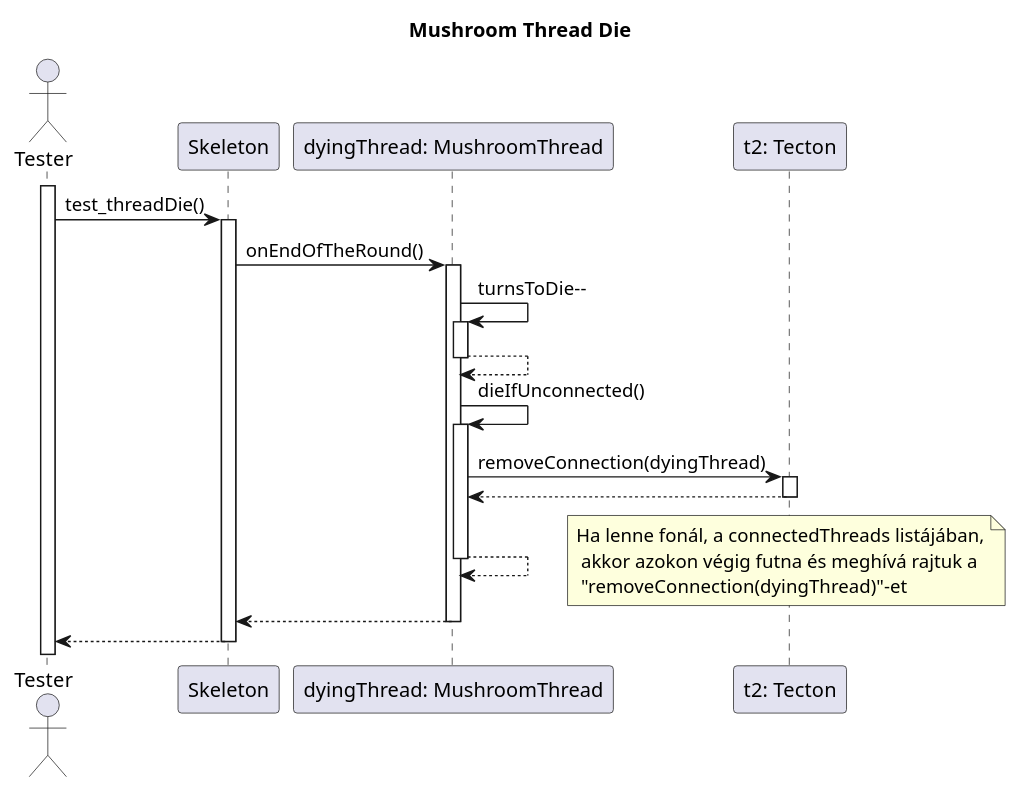
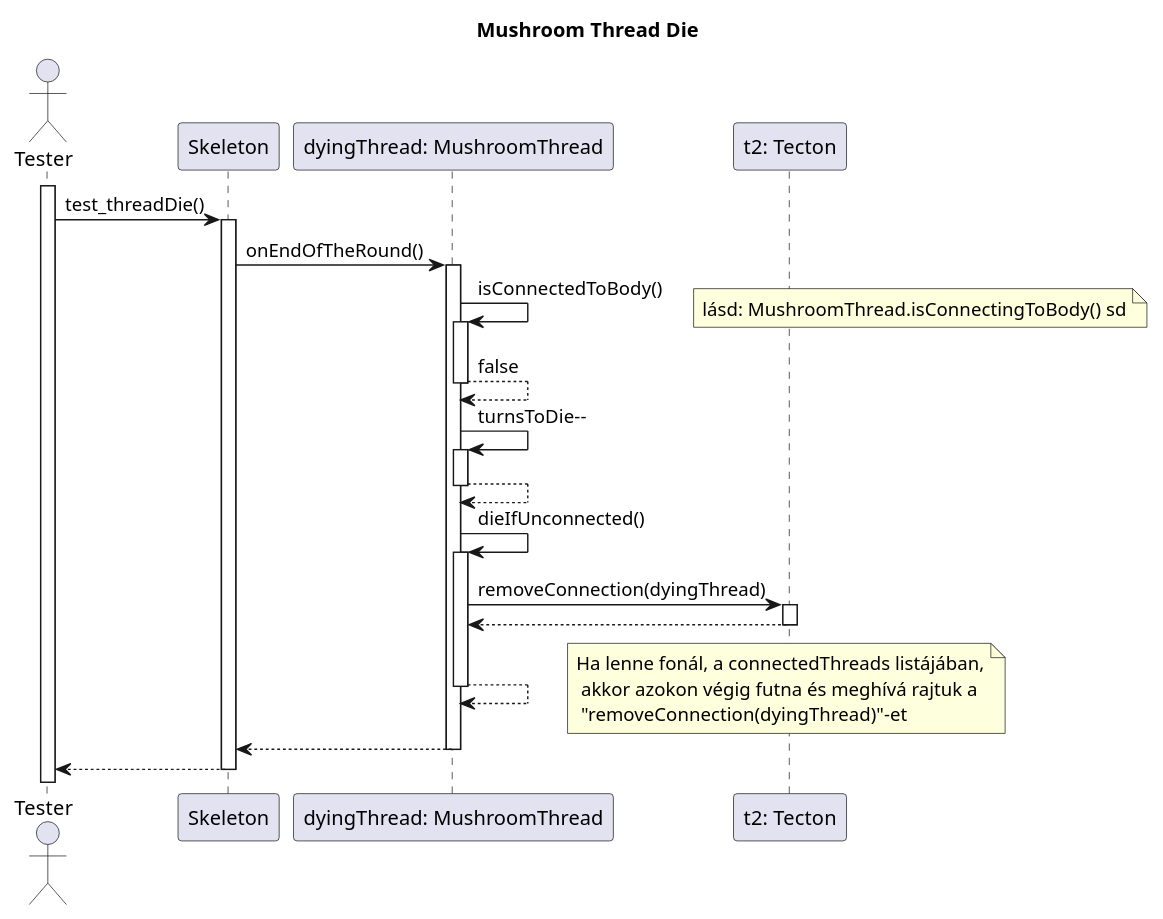
The diagram in diagrams/test-sequence/mushroom/mushroomThreadDie.wsd (dzsem/projlab), drawn with PlantUML before and after one commit. The commit also changed 1 other file, not shown here.

Commit message:
Added isConnectingToBody check to mushroomThreadDie and ...Dissolve test sequences

```diff
--- a/diagrams/test-sequence/mushroom/mushroomThreadDie.wsd
+++ b/diagrams/test-sequence/mushroom/mushroomThreadDie.wsd
@@ -1,43 +1,50 @@
 @startuml Mushroom Thread Die
 
 title Mushroom Thread Die
 
 actor "Tester" as tester
 participant "Skeleton" as skeleton
 
 participant "dyingThread: MushroomThread" as dymt
 participant "t2: Tecton" as t2
 
 activate tester 
 
 tester -> skeleton: test_threadDie()
 activate skeleton
 
 skeleton -> dymt: onEndOfTheRound()
 activate dymt
+
+dymt -> dymt: isConnectedToBody()
+activate dymt
+note right: lásd: MushroomThread.isConnectingToBody() sd 
+dymt --> dymt: false
+deactivate dymt
+
 
 dymt -> dymt: turnsToDie--
 activate dymt
 dymt --> dymt
 deactivate dymt
 
 dymt -> dymt: dieIfUnconnected()
 activate dymt
 
 dymt -> t2: removeConnection(dyingThread)
 activate t2
 t2 --> dymt
 deactivate t2
 
 dymt --> dymt
 deactivate dymt
 note right: Ha lenne fonál, a connectedThreads listájában,\n akkor azokon végig futna és meghívá rajtuk a\n "removeConnection(dyingThread)"-et
 
 dymt --> skeleton
 deactivate dymt
 
 skeleton --> tester
 deactivate skeleton
 
 
 @enduml
```
